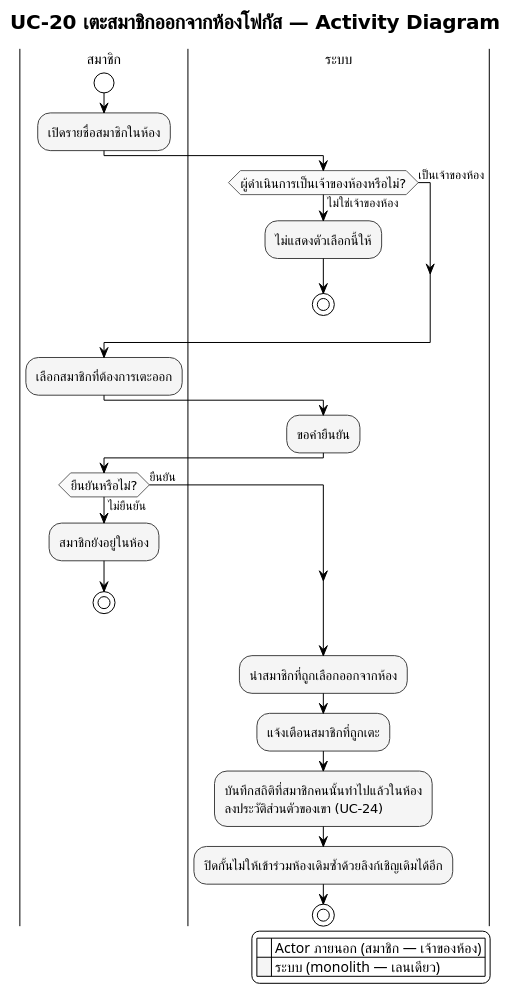
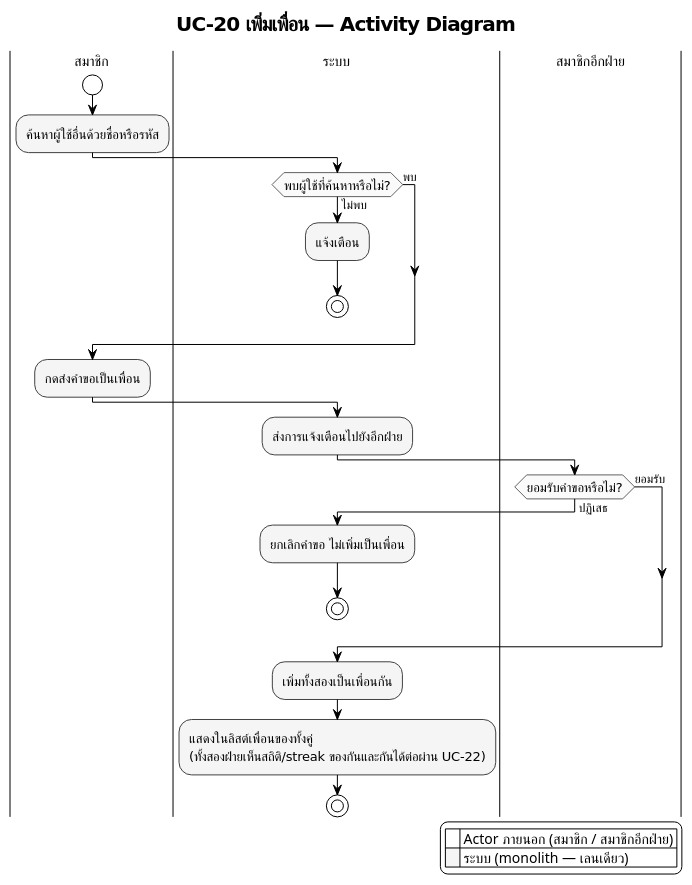
One commit to popotaroman-cloud/dssiprj-pad changed the diagram in proposal/usecase/activity_module5_uc20.puml. Above: the diagram before and after it, drawn with PlantUML. The commit also changed 46 other files, not shown here.

```diff
--- a/proposal/usecase/activity_module5_uc20.puml
+++ b/proposal/usecase/activity_module5_uc20.puml
@@ -1,68 +1,67 @@
-@startuml M5_activity_เตะสมาชิกออกจากห้องโฟกัส
+@startuml M5_activity_เพิ่มเพื่อน
 ' ══════════════════════════════════════════════════════════════════
 ' รองรับภาษาไทย — บันทึกไฟล์นี้เป็น UTF-8 (ไม่ต้องมี BOM) เสมอ
 ' บังคับใช้ Smetana (pure-Java layout engine) แทน Graphviz/dot
 !pragma layout smetana
 skinparam defaultFontName "TH Sarabun New"
 skinparam defaultFontSize 14
 ' ══════════════════════════════════════════════════════════════════
 
 !theme plain
 skinparam titleFontName "TH Sarabun New"
 skinparam titleFontSize 20
 skinparam noteFontName "TH Sarabun New"
 skinparam ArrowFontName "TH Sarabun New"
 skinparam ArrowFontSize 12
 skinparam swimlaneTitleFontName "TH Sarabun New"
 skinparam swimlaneTitleFontSize 14
 
 ' ===== Monochrome เท่านั้น — ไม่มี partition ไหนสีต่างจากที่อื่น =====
 skinparam activity {
   BackgroundColor #F5F5F5
   BorderColor #424242
   FontName "TH Sarabun New"
   FontSize 13
   DiamondBackgroundColor #FAFAFA
   DiamondBorderColor #616161
 }
 
-title UC-20 เตะสมาชิกออกจากห้องโฟกัส — Activity Diagram
+title UC-20 เพิ่มเพื่อน — Activity Diagram
 
 |สมาชิก|
 start
-:เปิดรายชื่อสมาชิกในห้อง;
+:ค้นหาผู้ใช้อื่นด้วยชื่อหรือรหัส;
 
 |ระบบ|
-if (ผู้ดำเนินการเป็นเจ้าของห้องหรือไม่?) then (ไม่ใช่เจ้าของห้อง)
-  :ไม่แสดงตัวเลือกนี้ให้;
+if (พบผู้ใช้ที่ค้นหาหรือไม่?) then (ไม่พบ)
+  :แจ้งเตือน;
   stop
-else (เป็นเจ้าของห้อง)
+else (พบ)
 endif
 
 |สมาชิก|
-:เลือกสมาชิกที่ต้องการเตะออก;
+:กดส่งคำขอเป็นเพื่อน;
 
 |ระบบ|
-:ขอคำยืนยัน;
+:ส่งการแจ้งเตือนไปยังอีกฝ่าย;
 
-|สมาชิก|
-if (ยืนยันหรือไม่?) then (ไม่ยืนยัน)
-  :สมาชิกยังอยู่ในห้อง;
+|สมาชิกอีกฝ่าย|
+if (ยอมรับคำขอหรือไม่?) then (ปฏิเสธ)
+  |ระบบ|
+  :ยกเลิกคำขอ ไม่เพิ่มเป็นเพื่อน;
   stop
-else (ยืนยัน)
+else (ยอมรับ)
 endif
 
 |ระบบ|
-:นำสมาชิกที่ถูกเลือกออกจากห้อง;
-:แจ้งเตือนสมาชิกที่ถูกเตะ;
-:บันทึกสถิติที่สมาชิกคนนั้นทำไปแล้วในห้อง\nลงประวัติส่วนตัวของเขา (UC-24);
-:ปิดกั้นไม่ให้เข้าร่วมห้องเดิมซ้ำด้วยลิงก์เชิญเดิมได้อีก;
+:เพิ่มทั้งสองเป็นเพื่อนกัน;
+:แสดงในลิสต์เพื่อนของทั้งคู่\n(ทั้งสองฝ่ายเห็นสถิติ/streak ของกันและกันได้ต่อผ่าน UC-22);
 
 stop
 
 legend right
-  |<back:white>    </back>| Actor ภายนอก (สมาชิก — เจ้าของห้อง) |
+  |<back:white>    </back>| Actor ภายนอก (สมาชิก / สมาชิกอีกฝ่าย) |
   |<back:#F5F5F5>    </back>| ระบบ (monolith — เลนเดียว) |
 endlegend
 
 @enduml
```
